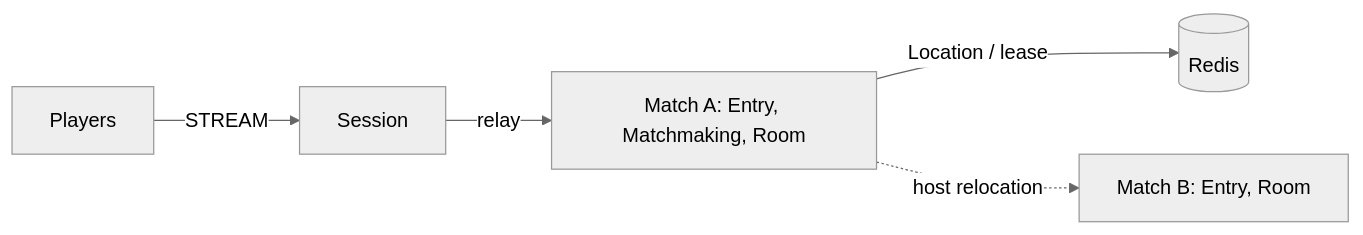
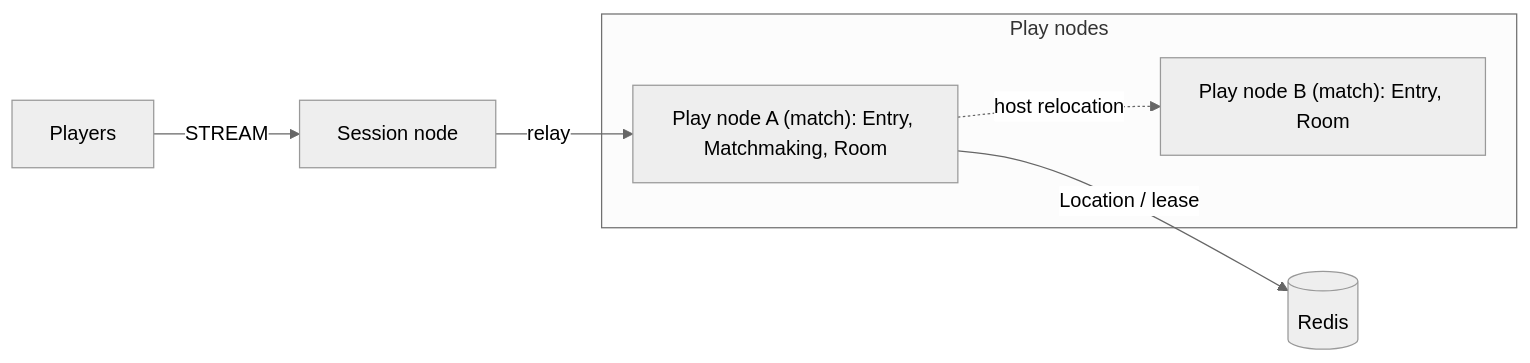
One commit to zlink-systems/zlink changed the diagram in framework/languages/java/templates/java/fps-entry-lobby/my-game/README.md. Above: the diagram before and after it, drawn with Mermaid (neutral theme). The commit also changed other lines of this file and 223 other files, not shown here.

First line of the commit message:
docs(templates): 모든 템플릿의 노드 이름을 Session node · Play node · API node로 (#5350)

````diff
--- a/framework/languages/java/templates/java/fps-entry-lobby/my-game/README.md
+++ b/framework/languages/java/templates/java/fps-entry-lobby/my-game/README.md
@@ -5,7 +5,11 @@
 ```mermaid
 flowchart LR
-  players[Players] -->|STREAM| session[Session]
-  session -->|relay| matchA[Match A: Entry, Matchmaking, Room]
+  subgraph playNodes["Play nodes"]
+    matchA["Play node A (match): Entry, Matchmaking, Room"]
+    matchB["Play node B (match): Entry, Room"]
+  end
+  players[Players] -->|STREAM| session["Session node"]
+  session -->|relay| matchA
   matchA -->|Location / lease| location[(Redis)]
-  matchA -. host relocation .-> matchB[Match B: Entry, Room]
+  matchA -. host relocation .-> matchB
 ```
````
